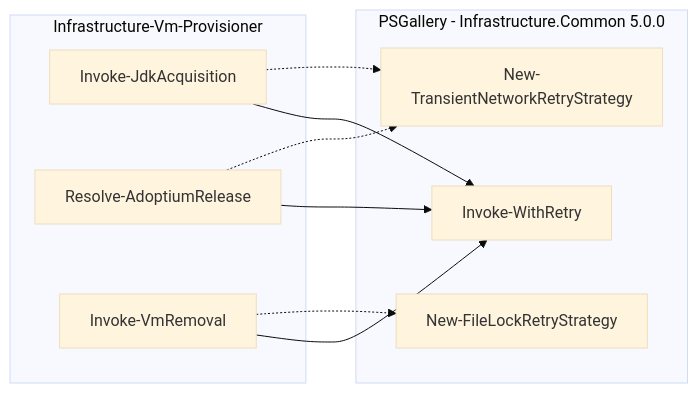
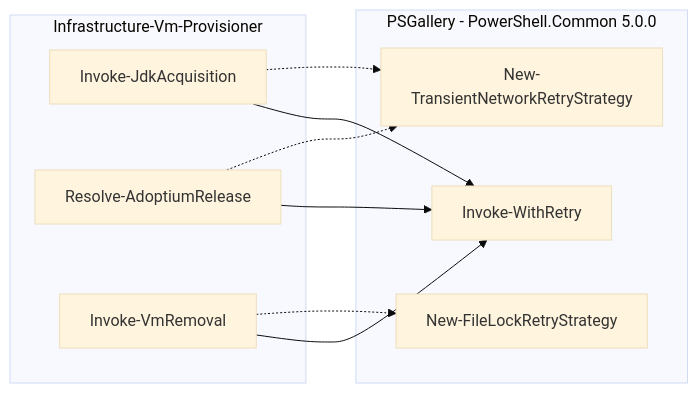
One commit to Klark-Morrigan/Common-PowerShell changed the seventh of 7 diagrams in docs/dev/implementation/44 - generalise retry/plan.md. Above: the diagram before and after it, drawn with Mermaid (base theme). The commit also changed other lines of this file and 57 other files, not shown here.

Commit message:
chore: rename repo to PowerShell-Common

````diff
--- a/docs/dev/implementation/44 - generalise retry/plan.md
+++ b/docs/dev/implementation/44 - generalise retry/plan.md
@@ -522,19 +522,19 @@
 ```mermaid
 graph LR
   subgraph Infrastructure-Vm-Provisioner
     JDK[Invoke-JdkAcquisition]
     ADO[Resolve-AdoptiumRelease]
     IVR[Invoke-VmRemoval]
   end
-  subgraph PSGallery - Infrastructure.Common 5.0.0
+  subgraph PSGallery - PowerShell.Common 5.0.0
     IWR[Invoke-WithRetry]
     NTN[New-TransientNetworkRetryStrategy]
     NFL[New-FileLockRetryStrategy]
   end
   JDK --> IWR
   ADO --> IWR
   IVR --> IWR
   JDK -.-> NTN
   ADO -.-> NTN
   IVR -.-> NFL
 ```
````
